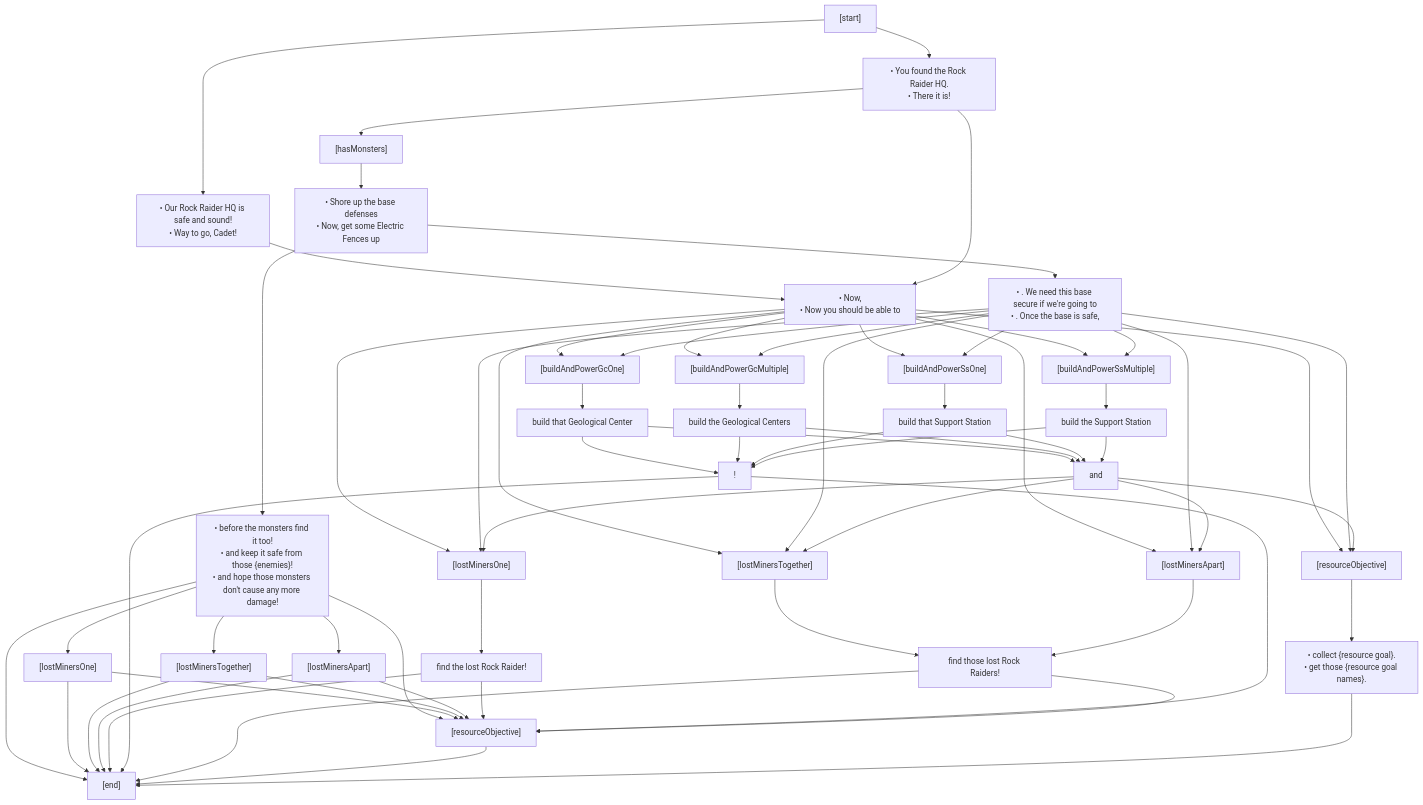
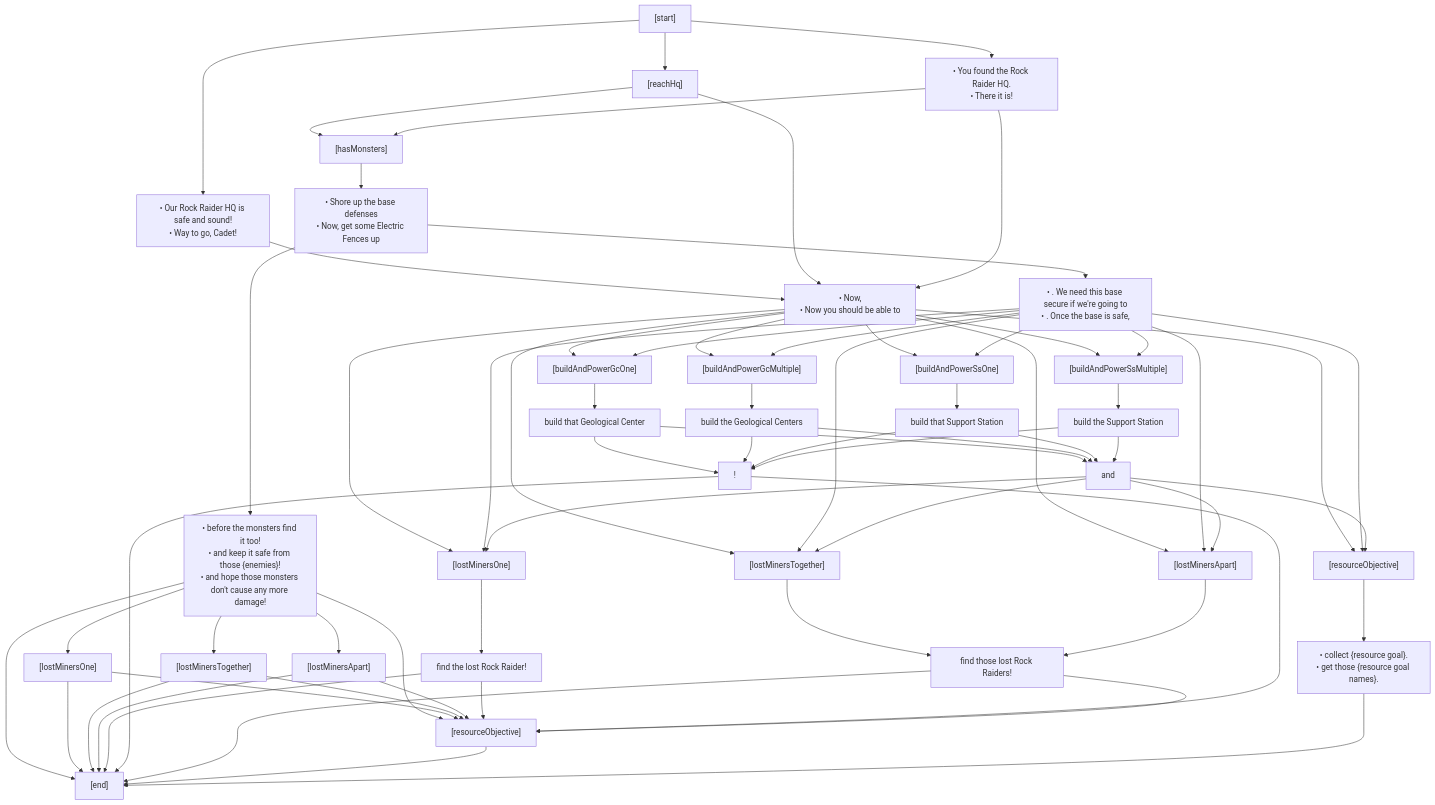
One commit to charredUtensil/groundhog changed the seventh of 14 diagrams in src/core/lore/graphs/events.md. Above: the diagram before and after it, drawn with Mermaid. The commit also changed 24 other files, not shown here.

````diff
--- a/src/core/lore/graphs/events.md
+++ b/src/core/lore/graphs/events.md
@@ -132,94 +132,98 @@
 P0["[start]"]
 P0 --> P1
 P0 --> P2
+P0 --> P3
 P1["&bull; Our Rock Raider HQ is safe and sound!<br/>&bull; Way to go, Cadet!"]
-P1 --> P3
-P2["&bull; You found the Rock Raider HQ.<br/>&bull; There it is!"]
-P2 --> P3
+P1 --> P4
+P2["[reachHq]"]
 P2 --> P4
-P3["&bull; Now, <br/>&bull; Now you should be able to"]
-P3 --> P11
-P3 --> P13
-P3 --> P15
-P3 --> P17
-P3 --> P20
-P3 --> P23
-P3 --> P24
-P3 --> P27
-P4["[hasMonsters]"]
-P4 --> P5
-P5["&bull; Shore up the base defenses<br/>&bull; Now, get some Electric Fences up"]
+P2 --> P5
+P3["&bull; You found the Rock Raider HQ.<br/>&bull; There it is!"]
+P3 --> P4
+P3 --> P5
+P4["&bull; Now, <br/>&bull; Now you should be able to"]
+P4 --> P12
+P4 --> P14
+P4 --> P16
+P4 --> P18
+P4 --> P21
+P4 --> P24
+P4 --> P25
+P4 --> P28
+P5["[hasMonsters]"]
 P5 --> P6
-P5 --> P10
-P6["&bull; before the monsters find it too!<br/>&bull; and keep it safe from those {enemies}!<br/>&bull; and hope those monsters don't cause any more damage!"]
+P6["&bull; Shore up the base defenses<br/>&bull; Now, get some Electric Fences up"]
 P6 --> P7
-P6 --> P8
-P6 --> P9
-P6 --> P26
-P6 --> P29
-P7["[lostMinersOne]"]
-P7 --> P26
-P7 --> P29
-P8["[lostMinersTogether]"]
-P8 --> P26
-P8 --> P29
-P9["[lostMinersApart]"]
-P9 --> P26
-P9 --> P29
-P10["&bull; . We need this base secure if we're going to<br/>&bull; . Once the base is safe,"]
-P10 --> P11
-P10 --> P13
-P10 --> P15
-P10 --> P17
-P10 --> P20
-P10 --> P23
-P10 --> P24
+P6 --> P11
+P7["&bull; before the monsters find it too!<br/>&bull; and keep it safe from those {enemies}!<br/>&bull; and hope those monsters don't cause any more damage!"]
+P7 --> P8
+P7 --> P9
+P7 --> P10
+P7 --> P27
+P7 --> P30
+P8["[lostMinersOne]"]
+P8 --> P27
+P8 --> P30
+P9["[lostMinersTogether]"]
+P9 --> P27
+P9 --> P30
+P10["[lostMinersApart]"]
 P10 --> P27
-P11["[buildAndPowerGcOne]"]
+P10 --> P30
+P11["&bull; . We need this base secure if we're going to<br/>&bull; . Once the base is safe,"]
 P11 --> P12
-P12["build that Geological Center"]
-P12 --> P19
-P12 --> P22
-P13["[buildAndPowerGcMultiple]"]
-P13 --> P14
-P14["build the Geological Centers"]
-P14 --> P19
-P14 --> P22
-P15["[buildAndPowerSsOne]"]
-P15 --> P16
-P16["build that Support Station"]
-P16 --> P19
-P16 --> P22
-P17["[buildAndPowerSsMultiple]"]
-P17 --> P18
-P18["build the Support Station"]
+P11 --> P14
+P11 --> P16
+P11 --> P18
+P11 --> P21
+P11 --> P24
+P11 --> P25
+P11 --> P28
+P12["[buildAndPowerGcOne]"]
+P12 --> P13
+P13["build that Geological Center"]
+P13 --> P20
+P13 --> P23
+P14["[buildAndPowerGcMultiple]"]
+P14 --> P15
+P15["build the Geological Centers"]
+P15 --> P20
+P15 --> P23
+P16["[buildAndPowerSsOne]"]
+P16 --> P17
+P17["build that Support Station"]
+P17 --> P20
+P17 --> P23
+P18["[buildAndPowerSsMultiple]"]
 P18 --> P19
-P18 --> P22
-P19["and"]
+P19["build the Support Station"]
 P19 --> P20
 P19 --> P23
-P19 --> P24
-P19 --> P27
-P20["[lostMinersOne]"]
+P20["and"]
 P20 --> P21
-P21["find the lost Rock Raider!"]
-P21 --> P26
-P21 --> P29
-P22["!"]
-P22 --> P26
-P22 --> P29
-P23["[lostMinersTogether]"]
-P23 --> P25
-P24["[lostMinersApart]"]
-P24 --> P25
-P25["find those lost Rock Raiders!"]
+P20 --> P24
+P20 --> P25
+P20 --> P28
+P21["[lostMinersOne]"]
+P21 --> P22
+P22["find the lost Rock Raider!"]
+P22 --> P27
+P22 --> P30
+P23["!"]
+P23 --> P27
+P23 --> P30
+P24["[lostMinersTogether]"]
+P24 --> P26
+P25["[lostMinersApart]"]
 P25 --> P26
-P25 --> P29
-P26["[resourceObjective]"]
-P26 --> P29
+P26["find those lost Rock Raiders!"]
+P26 --> P27
+P26 --> P30
 P27["[resourceObjective]"]
-P27 --> P28
-P28["&bull; collect {resource goal}.<br/>&bull; get those {resource goal names}."]
+P27 --> P30
+P28["[resourceObjective]"]
 P28 --> P29
-P29["[end]"]
+P29["&bull; collect {resource goal}.<br/>&bull; get those {resource goal names}."]
+P29 --> P30
+P30["[end]"]
 ```
````
